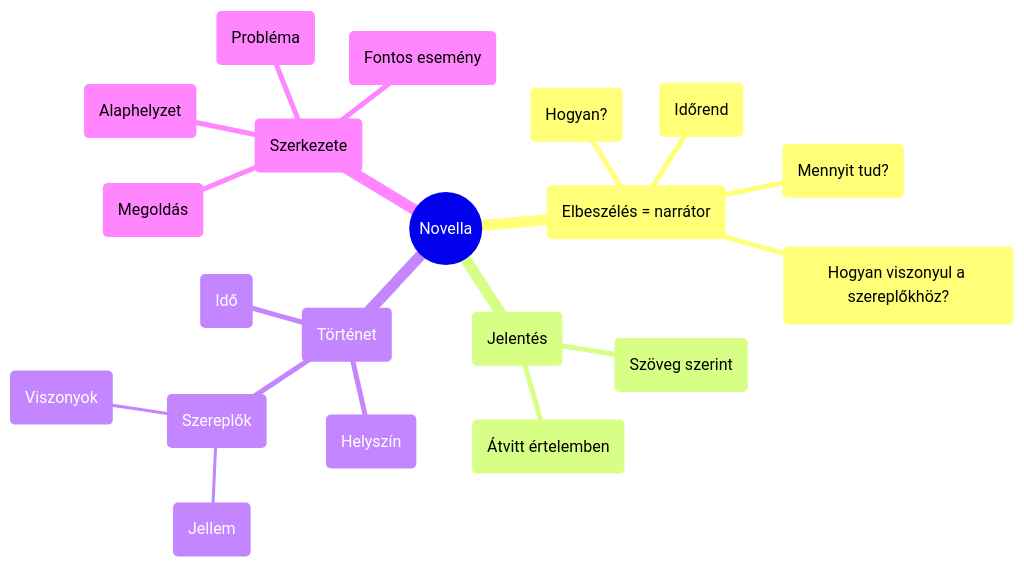
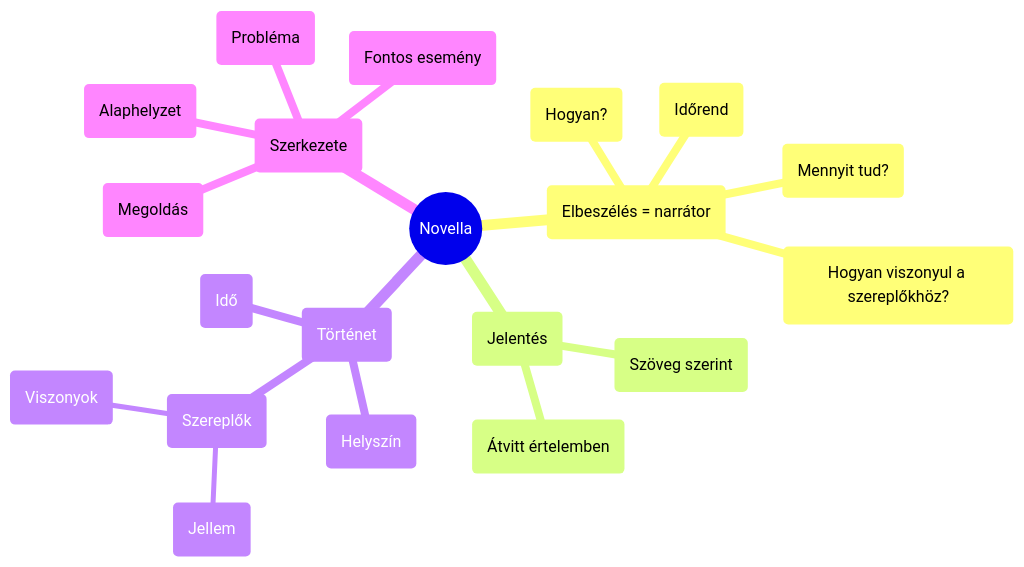
Before and after one commit to Palacsinta002/12.C_Erettsegi: the diagram in Irodalom/Témák/09. Boccaccio.md, drawn with Mermaid. The commit also changed other lines of this file and 33 other files, not shown here.

````diff
--- a/Irodalom/Témák/09. Boccaccio.md
+++ b/Irodalom/Témák/09. Boccaccio.md
@@ -25,23 +14,23 @@
 ```mermaid
 mindmap
-  root((Novella))
-    (Elbeszélés = narrátor)
-      (Mennyit tud?)
-      (Időrend)
-      (Hogyan?)
-      (Hogyan viszonyul a szereplőkhöz?)
-    (Jelentés)
-      (Szöveg szerint)
-      (Átvitt értelemben)
-    (Történet)
-      (Helyszín)
-      (Idő)
-      (Szereplők)
-          (Jellem)
-          (Viszonyok)
-    (Szerkezete)
-      (Alaphelyzet)
-      (Probléma)
-      (Fontos esemény)
-      (Megoldás)
+root((Novella))
+	root --> elbeszeles(Elbeszélés = narrátor)
+		elbeszeles --> (Mennyit tud?)
+		elbeszeles --> (Időrend)
+		elbeszeles --> (Hogyan?)
+		elbeszeles --> (Hogyan viszonyul a szereplőkhöz?)
+	root --> jelentes(Jelentés)
+		jelentes --> (Szöveg szerint)
+		jelentes --> (Átvitt értelemben)
+	root --> tortenet(Történet)
+		tortenet --> (Helyszín)
+		tortenet --> (Idő)
+		tortenet --> (Szereplők)
+			(Jellem)
+			(Viszonyok)
+	root --> szerkezete(Szerkezete)
+		szerkezete --> (Alaphelyzet)
+		szerkezete --> (Probléma)
+		szerkezete --> (Fontos esemény)
+		szerkezete --> (Megoldás)
 ```
````
